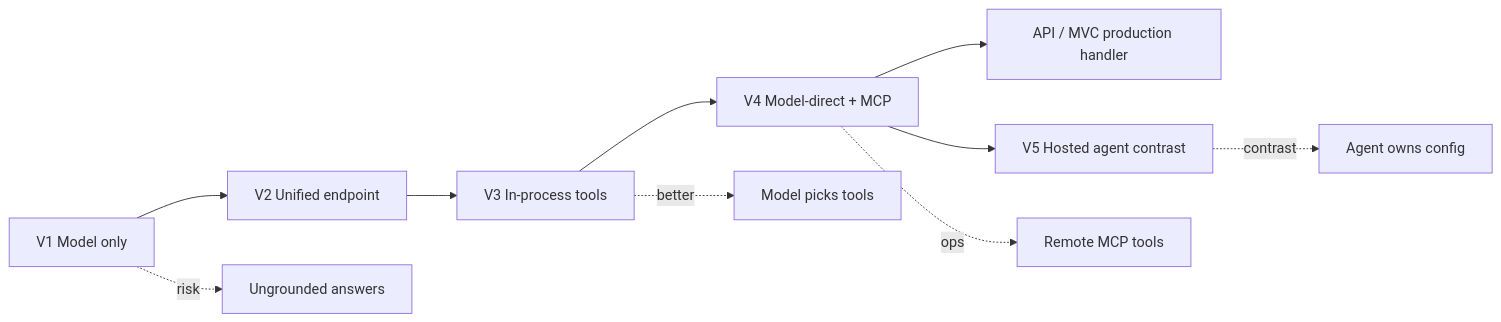
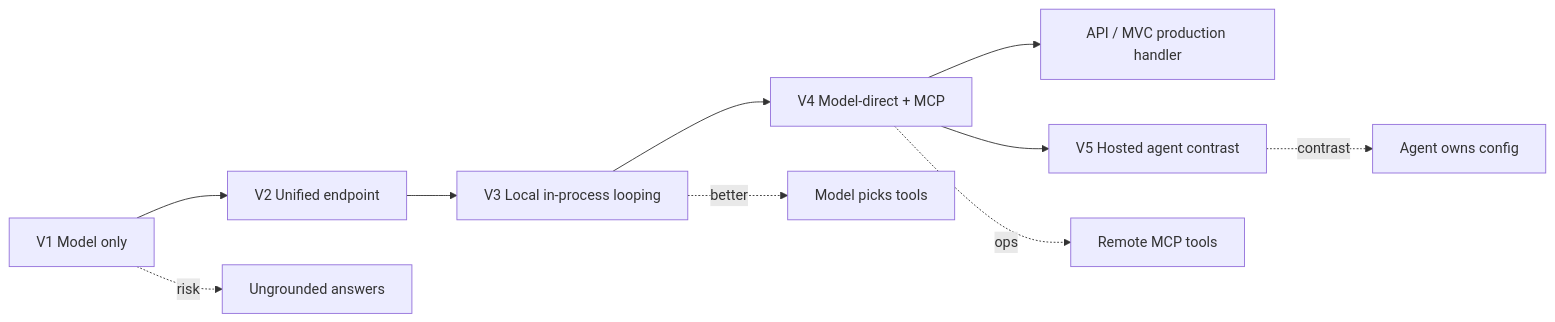
Before and after one commit to dustinkorzaan/weather-1116: diagram 24 of 26 in docs/4-demystifying-foundry-agents-mcp/demystifying-model-agent-tools-mcp-brainstorming.md, drawn with Mermaid. The commit also changed other lines of this file and 55 other files, not shown here.

````diff
--- a/docs/4-demystifying-foundry-agents-mcp/demystifying-model-agent-tools-mcp-brainstorming.md
+++ b/docs/4-demystifying-foundry-agents-mcp/demystifying-model-agent-tools-mcp-brainstorming.md
@@ -430,13 +430,13 @@
 ```mermaid
 flowchart LR
     V1[V1 Model only] --> V2[V2 Unified endpoint]
-    V2 --> V3[V3 In-process tools]
+    V2 --> V3[V3 Local in-process looping]
     V3 --> V4[V4 Model-direct + MCP]
     V4 --> PROD[API / MVC production handler]
     V4 --> V5[V5 Hosted agent contrast]
 
     V1 -.->|risk| H[Ungrounded answers]
     V3 -.->|better| T[Model picks tools]
     V4 -.->|ops| O[Remote MCP tools]
     V5 -.->|contrast| A[Agent owns config]
 ```
````
